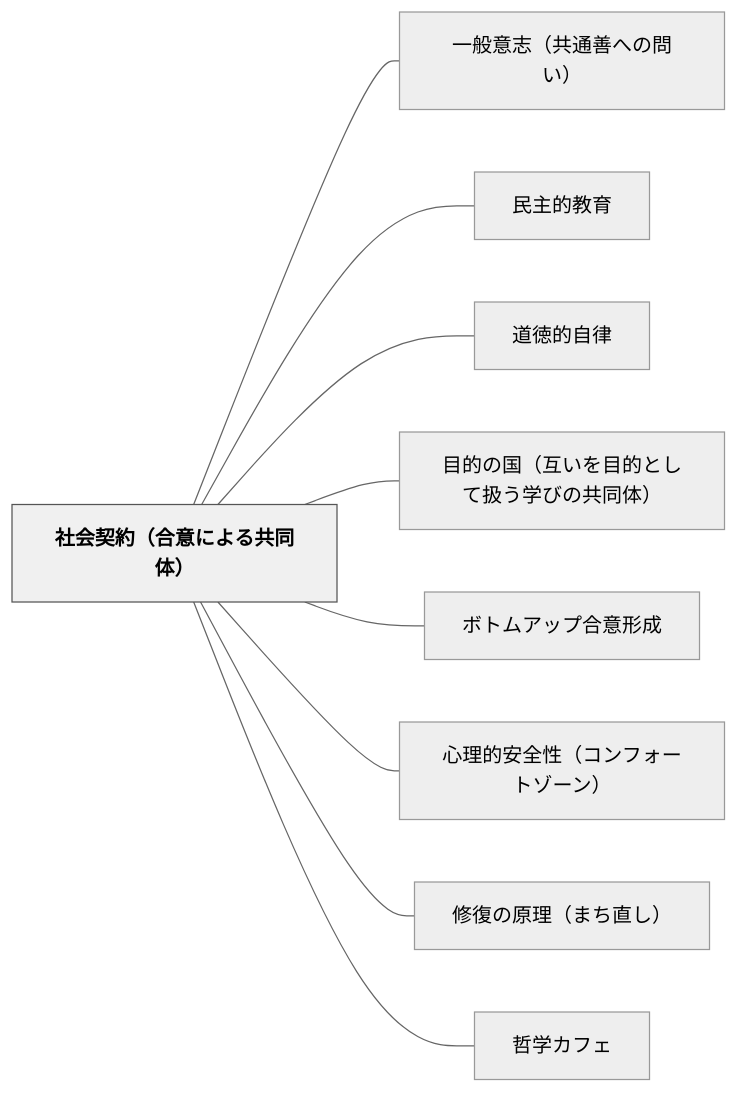
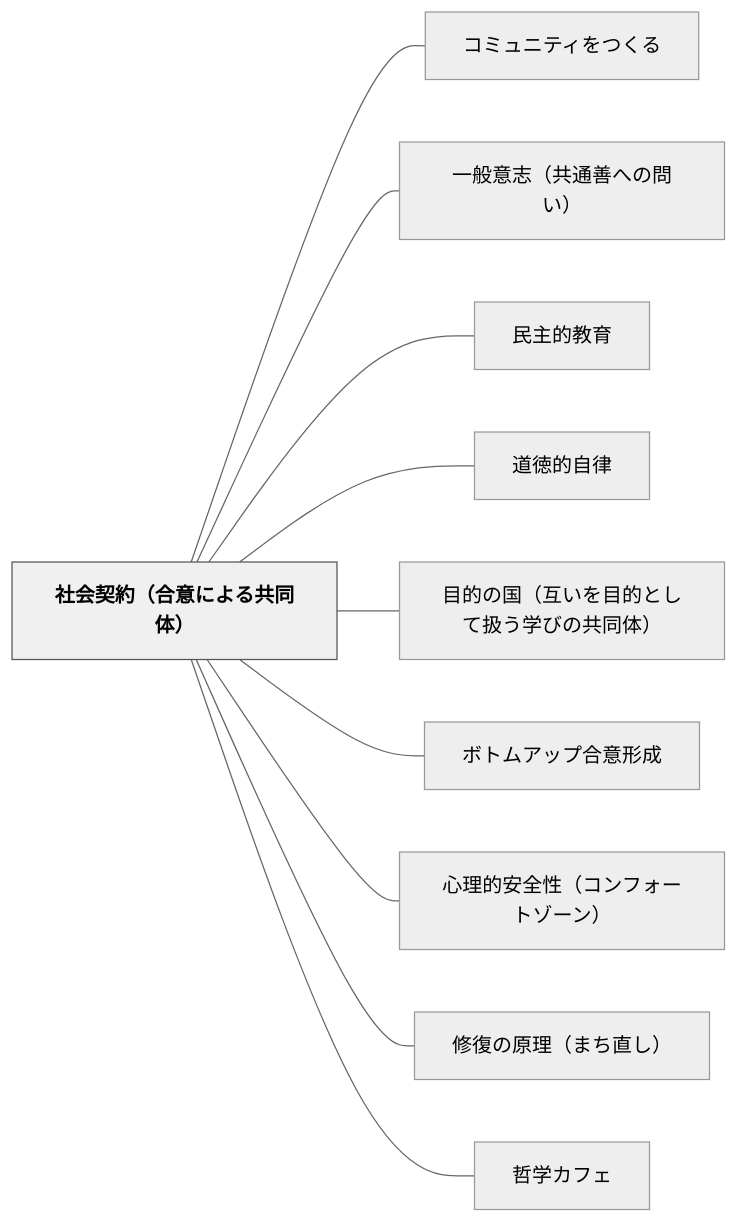
Before and after one commit to unknownthings-ed-patterns/unknownthings-ed-patterns: the diagram in content/パタン/社会契約（合意による共同体）.md, drawn with Mermaid (neutral theme). The commit also changed other lines of this file and 1 other file, not shown here.

Commit message:
auto: Obsidianから同期 2026-06-13 18:51

````diff
--- a/content/パタン/社会契約（合意による共同体）.md
+++ b/content/パタン/社会契約（合意による共同体）.md
@@ -158,24 +159,26 @@
 ```mermaid
 flowchart LR
     ne7a4bee4bc9ae5a591e7b484efbc88e59088e6848fe381abe38288e3828be585b1e5908ce4bd93efbc89["社会契約（合意による共同体）"]
+    ne382b3e3839fe383a5e3838be38386e382a3e38292e381a4e3818fe3828b["コミュニティをつくる"]
     ne4b880e888ace6848fe5bf97efbc88e585b1e9809ae59684e381b8e381aee5958fe38184efbc89["一般意志（共通善への問い）"]
     ne6b091e4b8bbe79a84e69599e882b2["民主的教育"]
     ne98193e5beb3e79a84e887aae5be8b["道徳的自律"]
     ne79baee79a84e381aee59bbdefbc88e4ba92e38184e38292e79baee79a84e381a8e38197e381a6e689b1e38186e5ada6e381b3e381aee585b1e5908ce4bd93efbc89["目的の国（互いを目的として扱う学びの共同体）"]
     ne3839ce38388e383a0e382a2e38383e38397e59088e6848fe5bda2e68890["ボトムアップ合意形成"]
     ne5bf83e79086e79a84e5ae89e585a8e680a7efbc88e382b3e383b3e38395e382a9e383bce38388e382bee383bce383b3efbc89["心理的安全性（コンフォートゾーン）"]
     ne4bfaee5bea9e381aee58e9fe79086efbc88e381bee381a1e79bb4e38197efbc89["修復の原理（まち直し）"]
     ne593b2e5ada6e382abe38395e382a7["哲学カフェ"]
 
+    ne7a4bee4bc9ae5a591e7b484efbc88e59088e6848fe381abe38288e3828be585b1e5908ce4bd93efbc89 --- ne382b3e3839fe383a5e3838be38386e382a3e38292e381a4e3818fe3828b
     ne7a4bee4bc9ae5a591e7b484efbc88e59088e6848fe381abe38288e3828be585b1e5908ce4bd93efbc89 --- ne4b880e888ace6848fe5bf97efbc88e585b1e9809ae59684e381b8e381aee5958fe38184efbc89
     ne7a4bee4bc9ae5a591e7b484efbc88e59088e6848fe381abe38288e3828be585b1e5908ce4bd93efbc89 --- ne6b091e4b8bbe79a84e69599e882b2
     ne7a4bee4bc9ae5a591e7b484efbc88e59088e6848fe381abe38288e3828be585b1e5908ce4bd93efbc89 --- ne98193e5beb3e79a84e887aae5be8b
     ne7a4bee4bc9ae5a591e7b484efbc88e59088e6848fe381abe38288e3828be585b1e5908ce4bd93efbc89 --- ne79baee79a84e381aee59bbdefbc88e4ba92e38184e38292e79baee79a84e381a8e38197e381a6e689b1e38186e5ada6e381b3e381aee585b1e5908ce4bd93efbc89
     ne7a4bee4bc9ae5a591e7b484efbc88e59088e6848fe381abe38288e3828be585b1e5908ce4bd93efbc89 --- ne3839ce38388e383a0e382a2e38383e38397e59088e6848fe5bda2e68890
     ne7a4bee4bc9ae5a591e7b484efbc88e59088e6848fe381abe38288e3828be585b1e5908ce4bd93efbc89 --- ne5bf83e79086e79a84e5ae89e585a8e680a7efbc88e382b3e383b3e38395e382a9e383bce38388e382bee383bce383b3efbc89
     ne7a4bee4bc9ae5a591e7b484efbc88e59088e6848fe381abe38288e3828be585b1e5908ce4bd93efbc89 --- ne4bfaee5bea9e381aee58e9fe79086efbc88e381bee381a1e79bb4e38197efbc89
     ne7a4bee4bc9ae5a591e7b484efbc88e59088e6848fe381abe38288e3828be585b1e5908ce4bd93efbc89 --- ne593b2e5ada6e382abe38395e382a7
 
     classDef hub fill:#f0f0f0,stroke:#555,color:#000,font-weight:bold
     class ne7a4bee4bc9ae5a591e7b484efbc88e59088e6848fe381abe38288e3828be585b1e5908ce4bd93efbc89 hub
 ```
````
